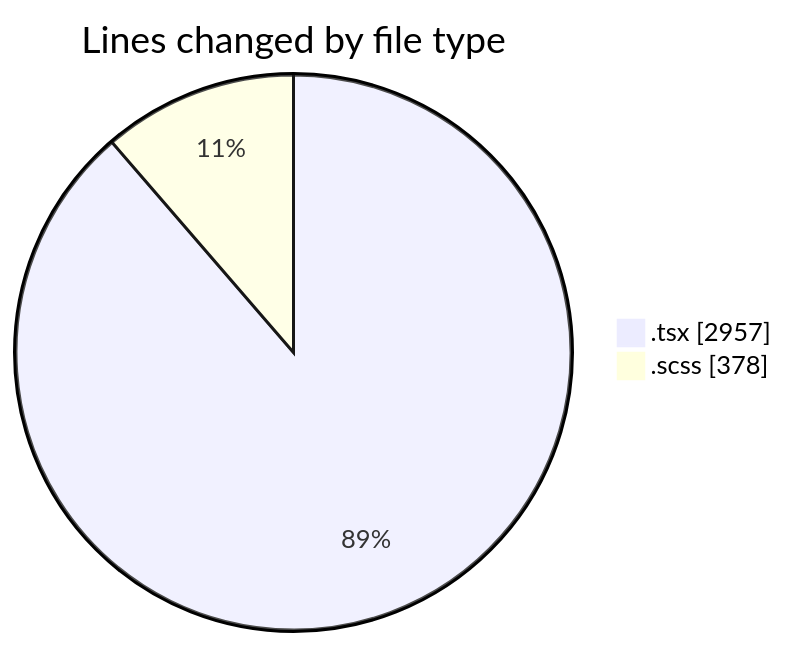
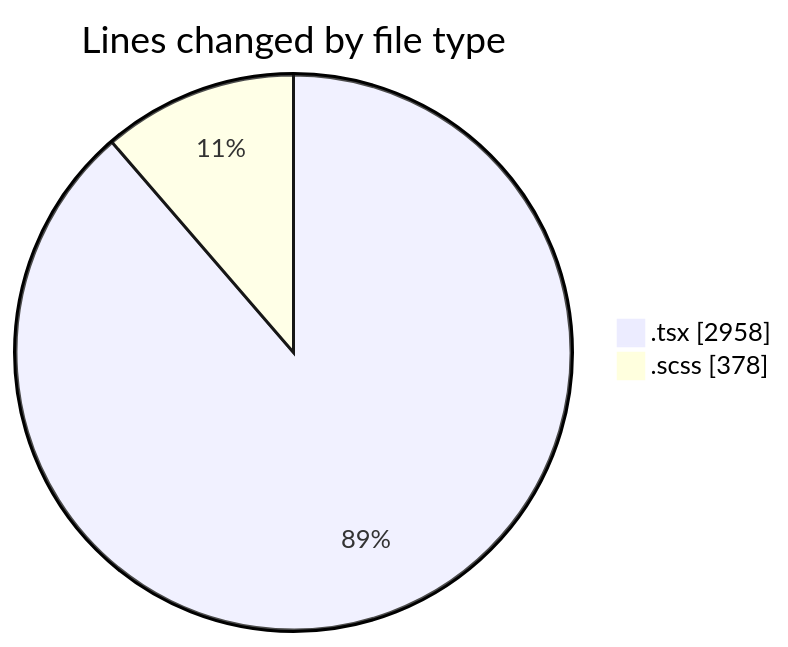
One commit to momahboobian/code-tracking changed the first of 2 diagrams in 2025-09-30/cda/README.md. Above: the diagram before and after it, drawn with Mermaid. The commit also changed other lines of this file and 1 other file, not shown here.

````diff
--- a/2025-09-30/cda/README.md
+++ b/2025-09-30/cda/README.md
@@ -23,6 +23,6 @@
 ```mermaid
 pie showData
 title Lines changed by file type
-".tsx" : 2957
+".tsx" : 2958
 ".scss" : 378
 ```
````
